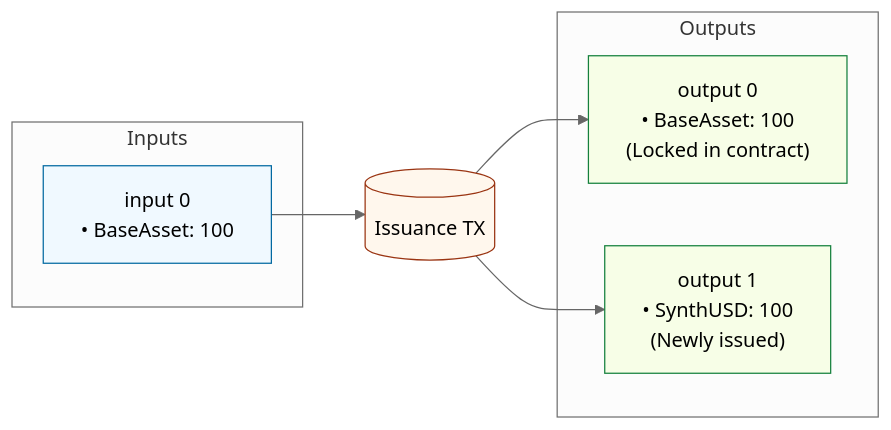
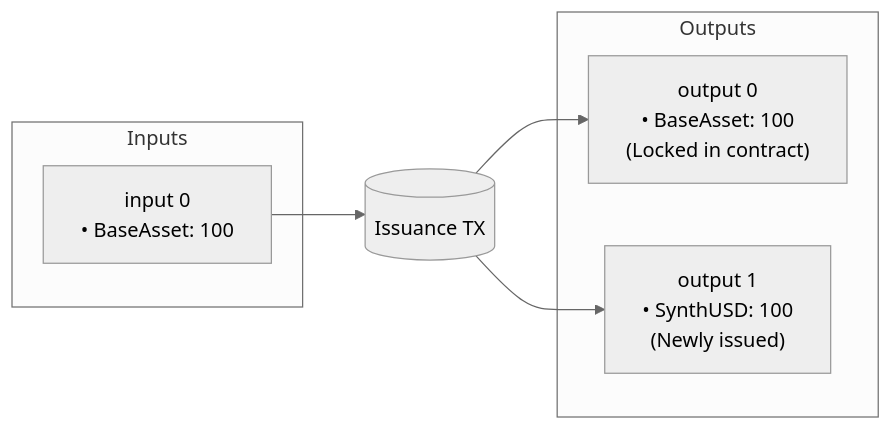
Before and after one commit to ArkLabsHQ/arkade-assets: diagram 13 of 13 in Arkade-Assets-Documentation.md, drawn with Mermaid (neutral theme). The commit also changed other lines of this file and 1 other file, not shown here.

````diff
--- a/Arkade-Assets-Documentation.md
+++ b/Arkade-Assets-Documentation.md
@@ -1272,24 +1205,17 @@
 ```mermaid
 flowchart LR
   TX[(Issuance TX)]
 
   subgraph Inputs
     i0["input 0<br/>• BaseAsset: 100"]
   end
 
   subgraph Outputs
     o0["output 0<br/>• BaseAsset: 100<br/>(Locked in contract)"]
     o1["output 1<br/>• SynthUSD: 100<br/>(Newly issued)"]
   end
 
   i0 --> TX
   TX --> o0
   TX --> o1
-
-  classDef in fill:#f0f9ff,stroke:#0369a1,stroke-width:1px;
-  classDef out fill:#f7fee7,stroke:#15803d,stroke-width:1px;
-  classDef tx fill:#fff7ed,stroke:#9a3412,stroke-width:1px;
-  class i0 in;
-  class o0,o1 out;
-  class TX tx;
 ```
````
